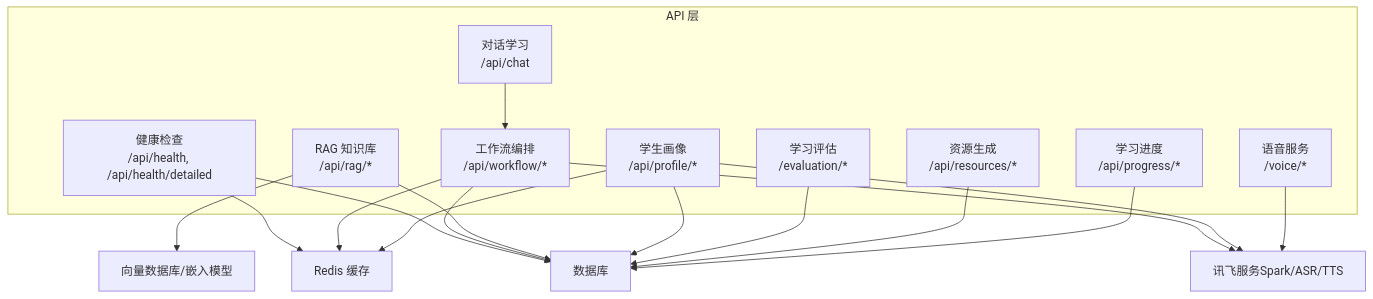
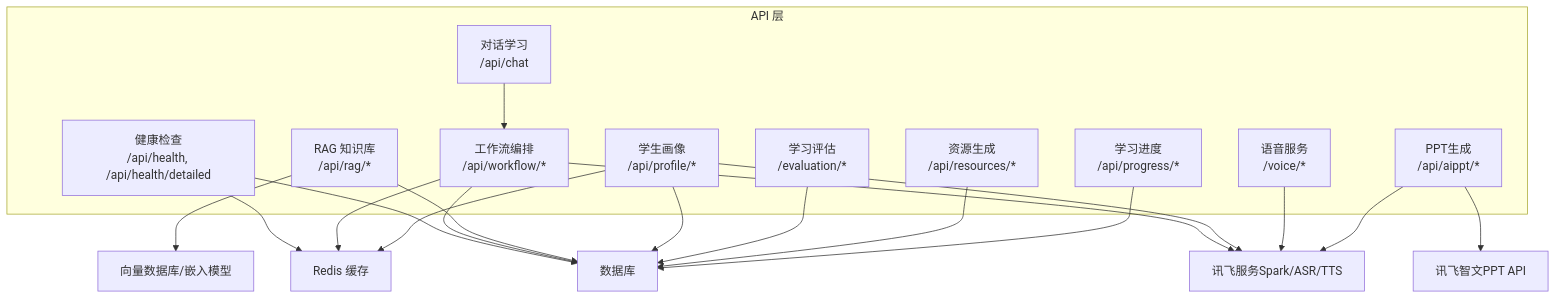
Before and after one commit to GZXchina/EduAgent: the second of 3 diagrams in .qoder/repowiki/zh/content/API接口文档/API接口文档.md, drawn with Mermaid. The commit also changed other lines of this file and 53 other files, not shown here.

Commit message:
feat: 思维导图改用 Markmap 交互式渲染 + 多项功能增强

````diff
--- a/.qoder/repowiki/zh/content/API接口文档/API接口文档.md
+++ b/.qoder/repowiki/zh/content/API接口文档/API接口文档.md
@@ -68,33 +69,37 @@
 ```mermaid
 graph TB
 subgraph "API 层"
 H["健康检查<br/>/api/health, /api/health/detailed"]
 CH["对话学习<br/>/api/chat"]
 RG["RAG 知识库<br/>/api/rag/*"]
 PR["学生画像<br/>/api/profile/*"]
 VO["语音服务<br/>/voice/*"]
 EV["学习评估<br/>/evaluation/*"]
 RS["资源生成<br/>/api/resources/*"]
 PG["学习进度<br/>/api/progress/*"]
 WF["工作流编排<br/>/api/workflow/*"]
+AP["PPT生成<br/>/api/aippt/*"]
 end
 DB["数据库"]
 RC["Redis 缓存"]
 VS["向量数据库/嵌入模型"]
 SP["讯飞服务Spark/ASR/TTS"]
+XF["讯飞智文PPT API"]
 H --> DB
 H --> RC
 CH --> WF
 WF --> DB
 WF --> RC
 WF --> SP
 RG --> VS
 RG --> DB
 PR --> DB
 PR --> RC
 PR --> SP
 VO --> SP
 EV --> DB
 RS --> DB
 PG --> DB
+AP --> SP
+AP --> XF
 ```
````
